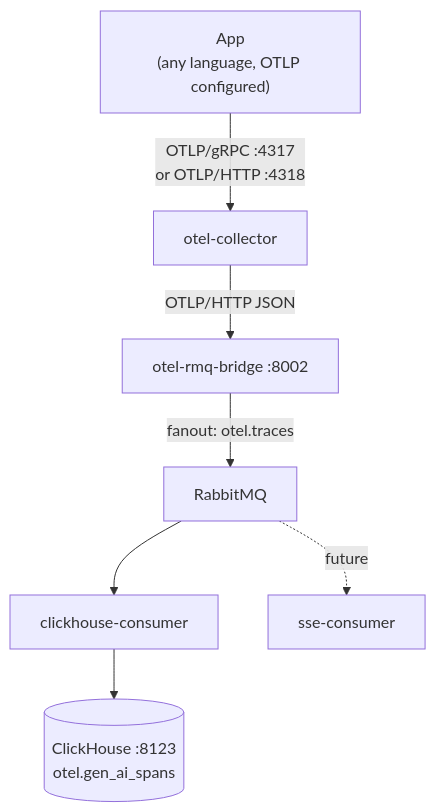
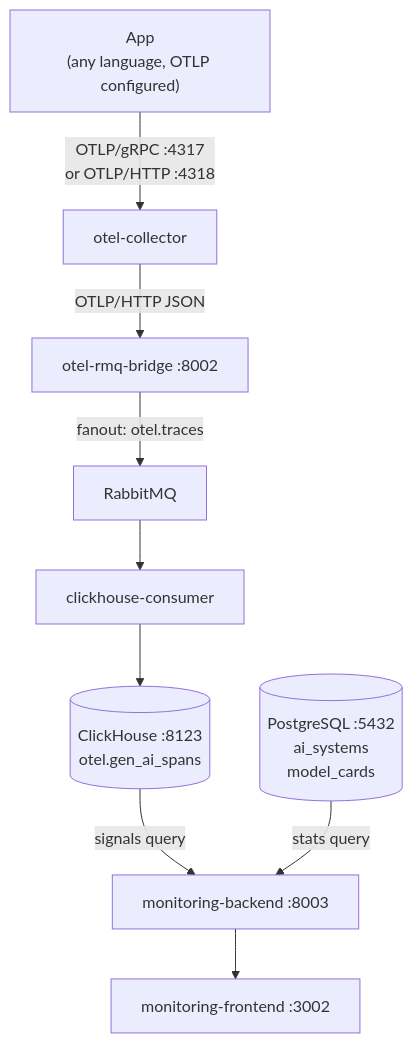
The first of 2 diagrams in docs/architecture.md (AI-Trust-Services/ai-trust-platform), drawn with Mermaid before and after one commit. The commit also changed other lines of this file and 17 other files, not shown here.

````diff
--- a/docs/architecture.md
+++ b/docs/architecture.md
@@ -42,11 +45,13 @@
 ```mermaid
 flowchart TD
     App["App\n(any language, OTLP configured)"]
 
     App -->|"OTLP/gRPC :4317\nor OTLP/HTTP :4318"| Collector["otel-collector"]
     Collector -->|"OTLP/HTTP JSON"| Bridge["otel-rmq-bridge :8002"]
     Bridge -->|"fanout: otel.traces"| RMQ["RabbitMQ"]
     RMQ --> CH["clickhouse-consumer"]
-    RMQ -.->|"future"| SSE["sse-consumer"]
     CH --> ClickHouse[("ClickHouse :8123\notel.gen_ai_spans")]
+    ClickHouse -->|"signals query"| MonBackend["monitoring-backend :8003"]
+    PG[("PostgreSQL :5432\nai_systems\nmodel_cards")] -->|"stats query"| MonBackend
+    MonBackend --> MonFE["monitoring-frontend :3002"]
 ```
````
